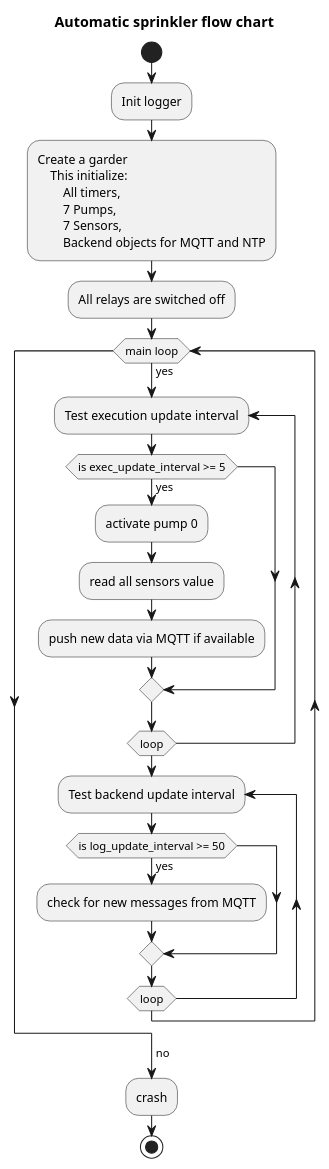
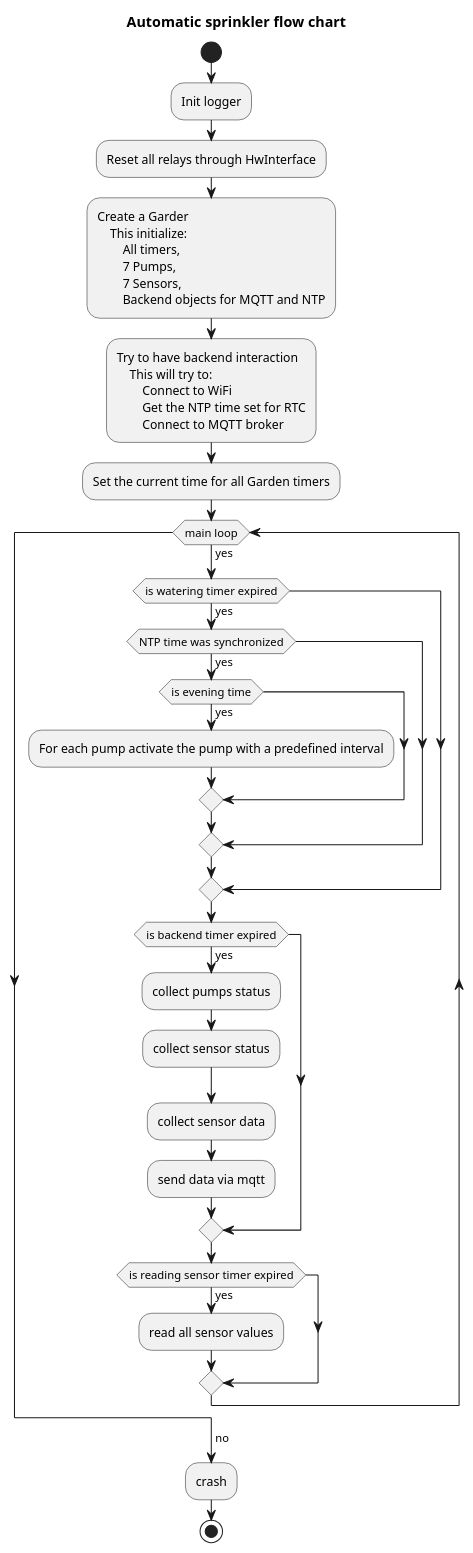
One commit to marcy05/automatic_sprinkler changed the diagram in SourceCode/doc/execution_diagram.puml. Above: the diagram before and after it, drawn with PlantUML.

Commit message:
Updated flow chart

```diff
--- a/SourceCode/doc/execution_diagram.puml
+++ b/SourceCode/doc/execution_diagram.puml
@@ -1,37 +1,50 @@
 @startuml
 
 title Automatic sprinkler flow chart
 
 start
 :Init logger;
-:Create a garder
+:Reset all relays through HwInterface;
+:Create a Garder
     This initialize:
         All timers,
         7 Pumps,
         7 Sensors,
         Backend objects for MQTT and NTP;
 
-:All relays are switched off;
+:Try to have backend interaction
+    This will try to:
+        Connect to WiFi
+        Get the NTP time set for RTC
+        Connect to MQTT broker;
+
+:Set the current time for all Garden timers;
 
 while (main loop) is (yes)
-    repeat :Test execution update interval;
-        if (is exec_update_interval >= 5) then (yes)
-            :activate pump 0;
-            :read all sensors value;
-            :push new data via MQTT if available;
+
+    if (is watering timer expired) then (yes)
+        if (NTP time was synchronized) then (yes)
+            if (is evening time) then (yes)
+                :For each pump activate the pump with a predefined interval;
+            endif
         endif
-    repeat while (loop) 
-    
-    repeat :Test backend update interval;
-        if (is log_update_interval >= 50) then (yes)
-            :check for new messages from MQTT;
-        endif
-    repeat while (loop)
+    endif
+
+    if (is backend timer expired) then (yes)
+        :collect pumps status;
+        :collect sensor status;
+        :collect sensor data;
+        :send data via mqtt;
+    endif
+
+    if (is reading sensor timer expired) then (yes)
+        :read all sensor values;
+    endif
 
 end while
+
 -> no;
 :crash;
-
 stop
 
 @enduml
```
